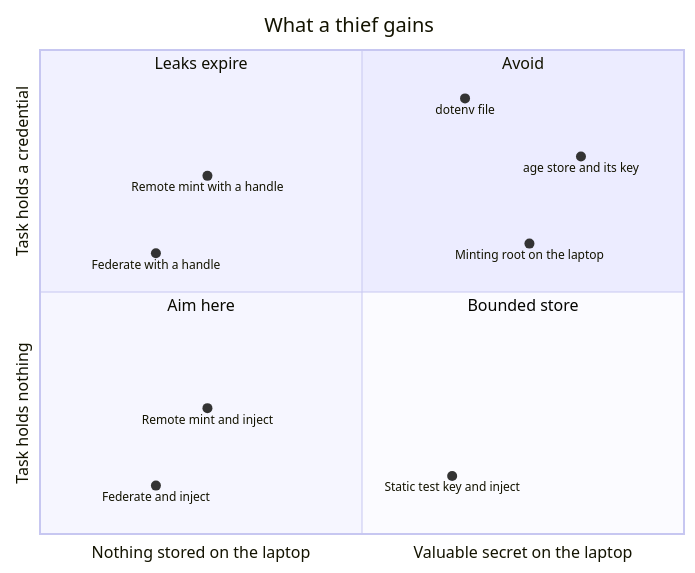
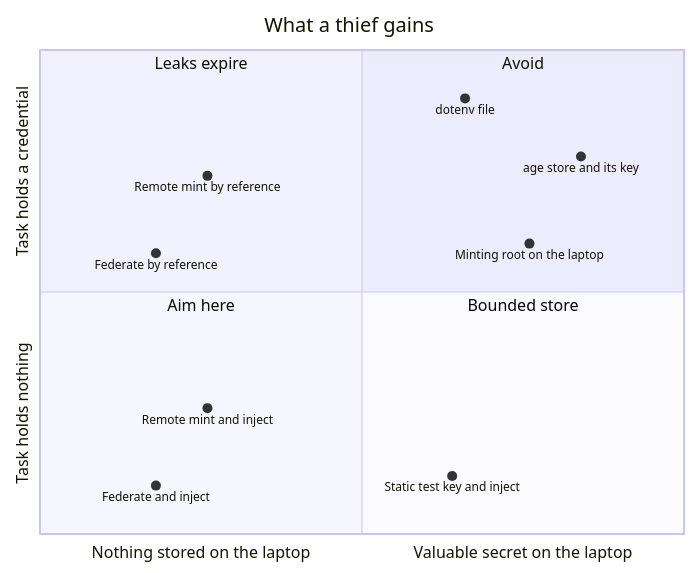
Before and after one commit to kirahowe/grants: the fourth of 5 diagrams in doc/threat-model.md, drawn with Mermaid. The commit also changed other lines of this file and 1 other file, not shown here.

First line of the commit message:
Call what #grant returns a reference

````diff
--- a/doc/threat-model.md
+++ b/doc/threat-model.md
@@ -141,19 +141,19 @@
 ```mermaid
 %%{init: {"quadrantChart": {"chartWidth": 680, "chartHeight": 560}}}%%
 quadrantChart
     title What a thief gains
     x-axis Nothing stored on the laptop --> Valuable secret on the laptop
     y-axis Task holds nothing --> Task holds a credential
     quadrant-1 Avoid
     quadrant-2 Leaks expire
     quadrant-3 Aim here
     quadrant-4 Bounded store
     Federate and inject: [0.18, 0.1]
     Remote mint and inject: [0.26, 0.26]
-    Federate with a handle: [0.18, 0.58]
-    Remote mint with a handle: [0.26, 0.74]
+    Federate by reference: [0.18, 0.58]
+    Remote mint by reference: [0.26, 0.74]
     Static test key and inject: [0.64, 0.12]
     Minting root on the laptop: [0.76, 0.6]
     dotenv file: [0.66, 0.9]
     age store and its key: [0.84, 0.78]
 ```
````
